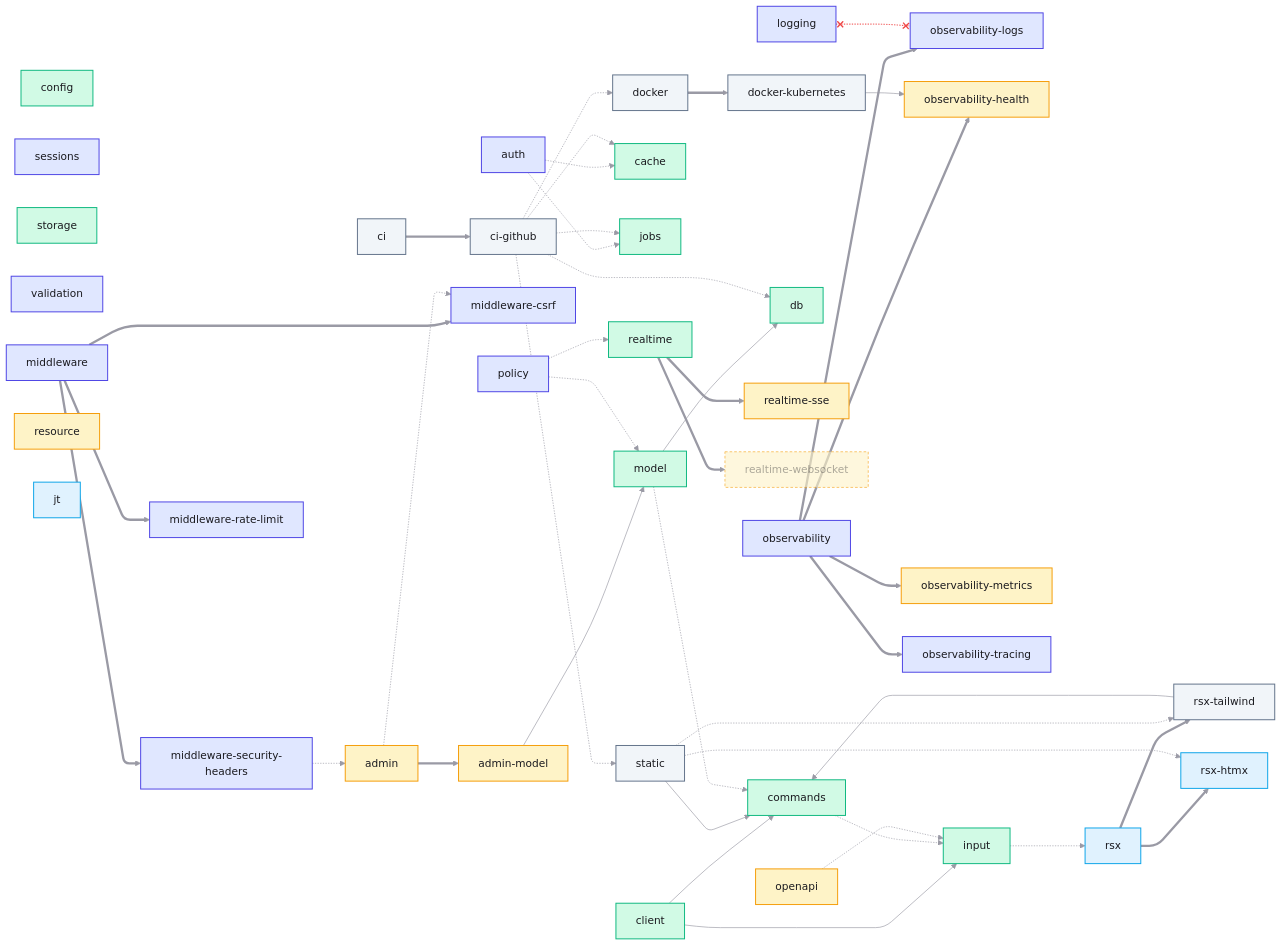
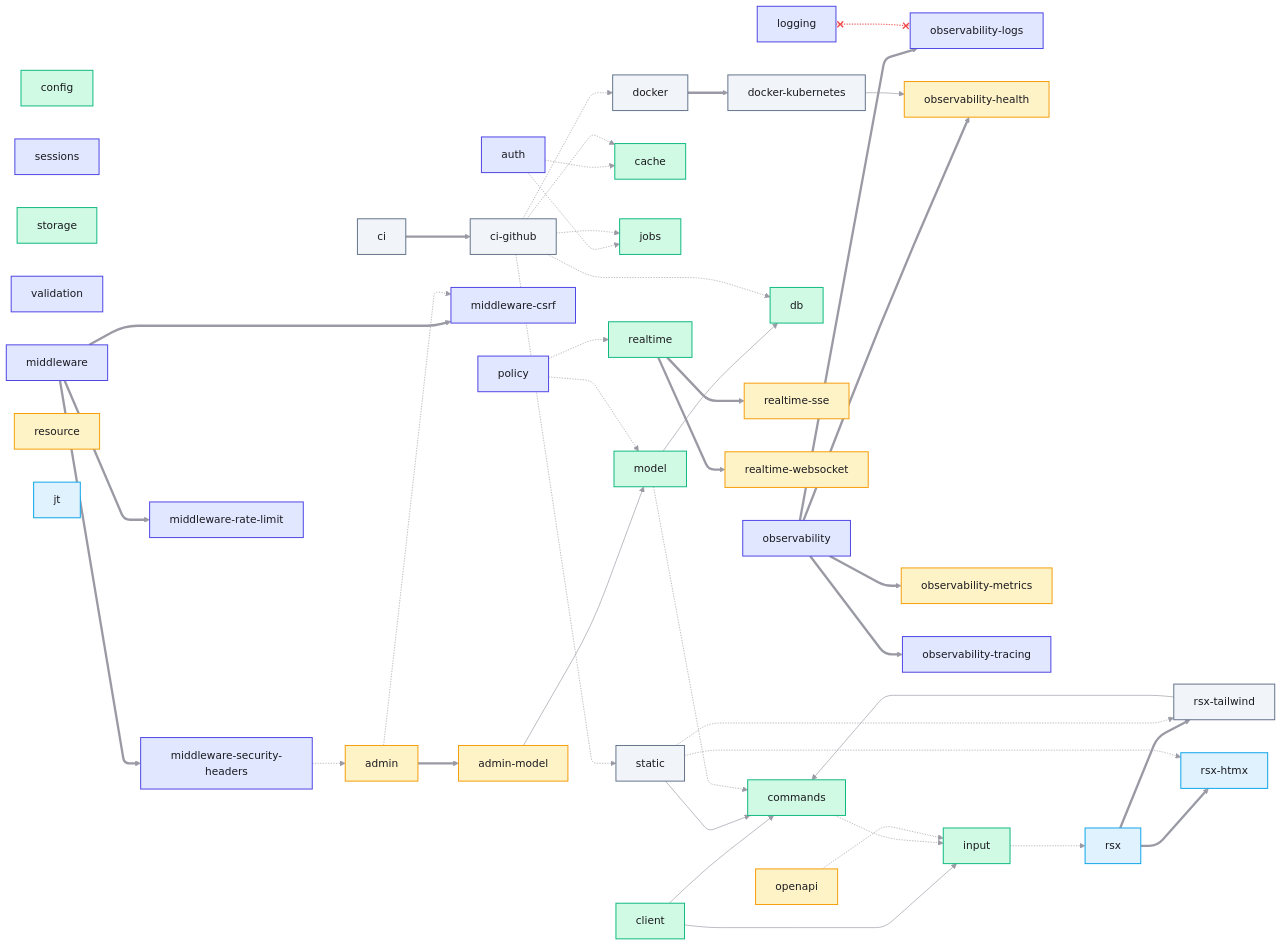
The second of 2 diagrams in docs/module-map.md (DHHwasRight/brocanth), drawn with Mermaid before and after one commit. The commit also changed other lines of this file and 39 other files, not shown here.

```diff
--- a/docs/module-map.md
+++ b/docs/module-map.md
@@ -190,7 +190,6 @@
   k8s[docker-kubernetes]:::ex
   ci:::ex
   ci_gh[ci-github]:::ex
-  class rt_ws blocked
 
   obs ==> obs_logs & obs_health & obs_metrics & obs_tracing
   mwr ==> csrf & sech & rate
```
